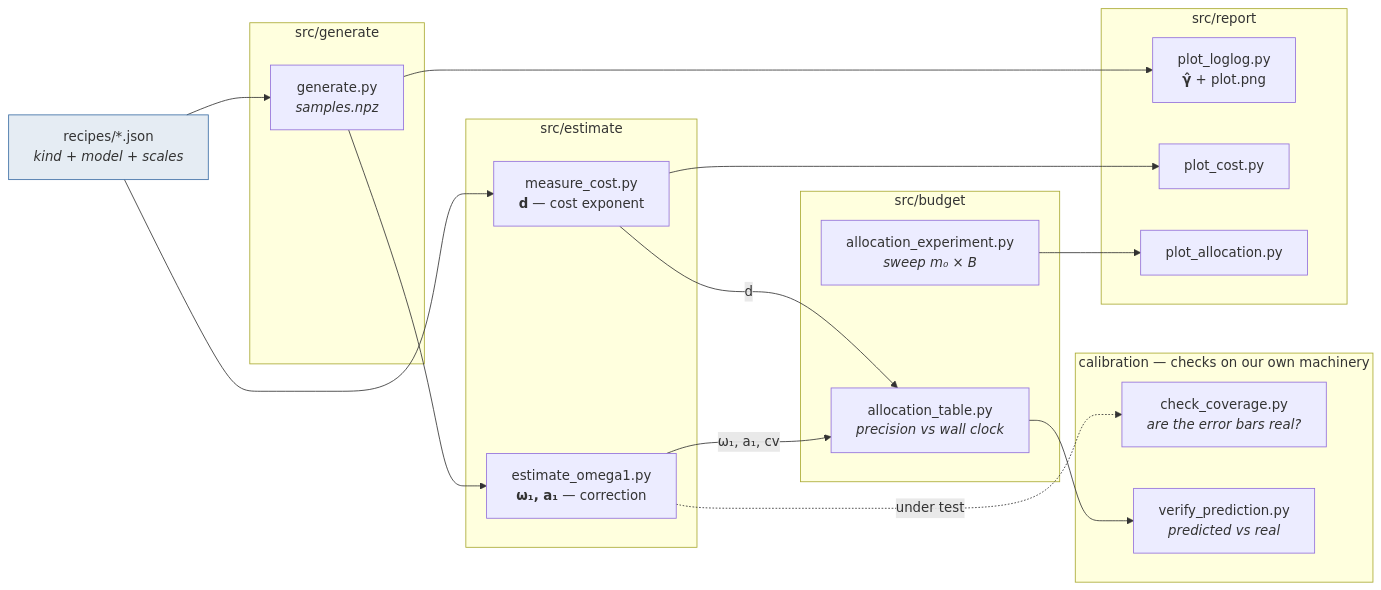
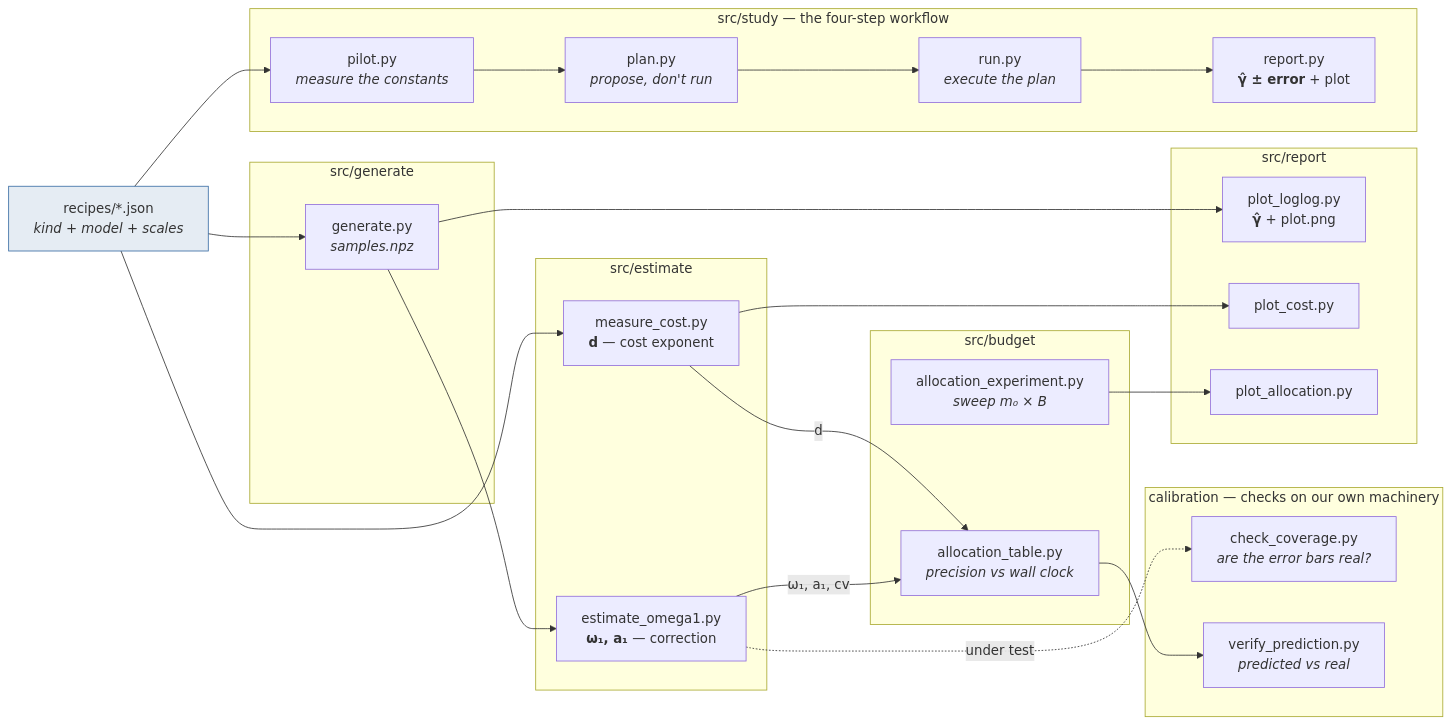
One commit to IgorSSBarbosa/loglog_validation changed the diagram in README.md. Above: the diagram before and after it, drawn with Mermaid. The commit also changed other lines of this file and 11 other files, not shown here.

````diff
--- a/README.md
+++ b/README.md
@@ -14,41 +14,50 @@
 ```mermaid
 flowchart LR
     RCP["recipes/*.json<br/><i>kind + model + scales</i>"]
 
     subgraph generate["src/generate"]
         GEN["generate.py<br/><i>samples.npz</i>"]
     end
 
     subgraph estimate["src/estimate"]
         MC["measure_cost.py<br/><b>d</b> — cost exponent"]
         EO["estimate_omega1.py<br/><b>ω₁, a₁</b> — correction"]
     end
 
     subgraph budget["src/budget"]
         AT["allocation_table.py<br/><i>precision vs wall clock</i>"]
         AE["allocation_experiment.py<br/><i>sweep m₀ × B</i>"]
     end
 
     subgraph calib["calibration — checks on our own machinery"]
         CC["check_coverage.py<br/><i>are the error bars real?</i>"]
         VP["verify_prediction.py<br/><i>predicted vs real</i>"]
     end
 
+    subgraph study["src/study — the four-step workflow"]
+        PI["pilot.py<br/><i>measure the constants</i>"]
+        PN["plan.py<br/><i>propose, don't run</i>"]
+        RN["run.py<br/><i>execute the plan</i>"]
+        RP["report.py<br/><b>γ̂ ± error</b> + plot"]
+        PI --> PN --> RN --> RP
+    end
+
     subgraph report["src/report"]
         PL["plot_loglog.py<br/><b>γ̂</b> + plot.png"]
         PC["plot_cost.py"]
         PA["plot_allocation.py"]
     end
 
+    RCP --> PI
     RCP --> GEN --> PL
     RCP --> MC --> PC
     GEN --> EO
     MC -- d --> AT
     EO -- "ω₁, a₁, cv" --> AT
     AT --> VP
     AE --> PA
     EO -.under test.-> CC
 
     classDef lib fill:#3b6ea522,stroke:#3b6ea5
     class RCP lib
 ```
````
